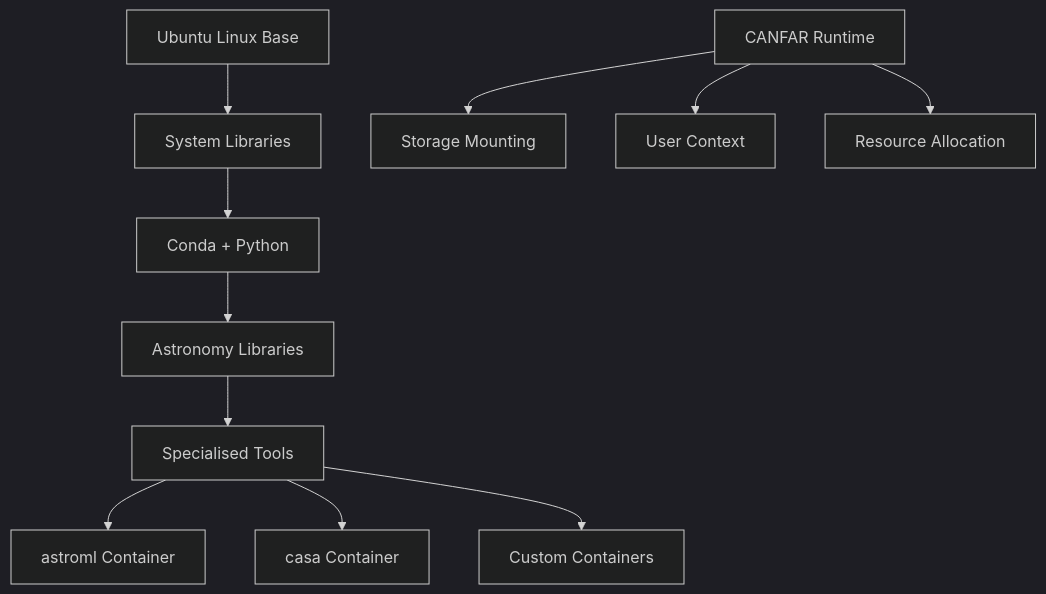
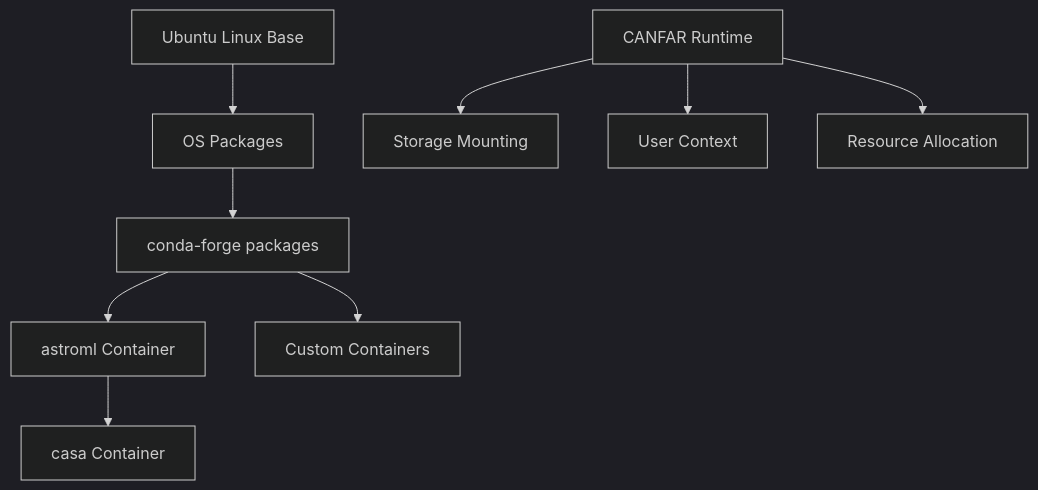
The first of 3 diagrams in docs/platform/containers/index.md (opencadc/canfar), drawn with Mermaid (dark theme) before and after one commit. The commit also changed other lines of this file, not shown here.

Commit message:
fixed mermaid scripting, various text and formatting issues

````diff
--- a/docs/platform/containers/index.md
+++ b/docs/platform/containers/index.md
@@ -45,15 +45,13 @@
 ```mermaid
 graph TB
-    BaseOS[Ubuntu Linux Base] --> SystemLibs[System Libraries]
-    SystemLibs --> CondaPython[Conda + Python]
-    CondaPython --> AstroLibs[Astronomy Libraries]
-    AstroLibs --> SpecialisedTools[Specialised Tools]
+    BaseOS[Ubuntu Linux Base] --> SystemLibs["OS Packages"]
+    SystemLibs --> CondaPython["conda-forge packages"]
     
-    SpecialisedTools --> Astroml[astroml Container]
-    SpecialisedTools --> Casa[casa Container]
-    SpecialisedTools --> Custom[Custom Containers]
+    CondaPython --> Astroml["astroml Container"]
+    Astroml --> Casa["casa Container"]
+    CondaPython --> Custom[Custom Containers]
     
     Runtime[CANFAR Runtime] --> Storage[Storage Mounting]
     Runtime --> UserContext[User Context]
     Runtime --> Resources[Resource Allocation]
 ```
````
